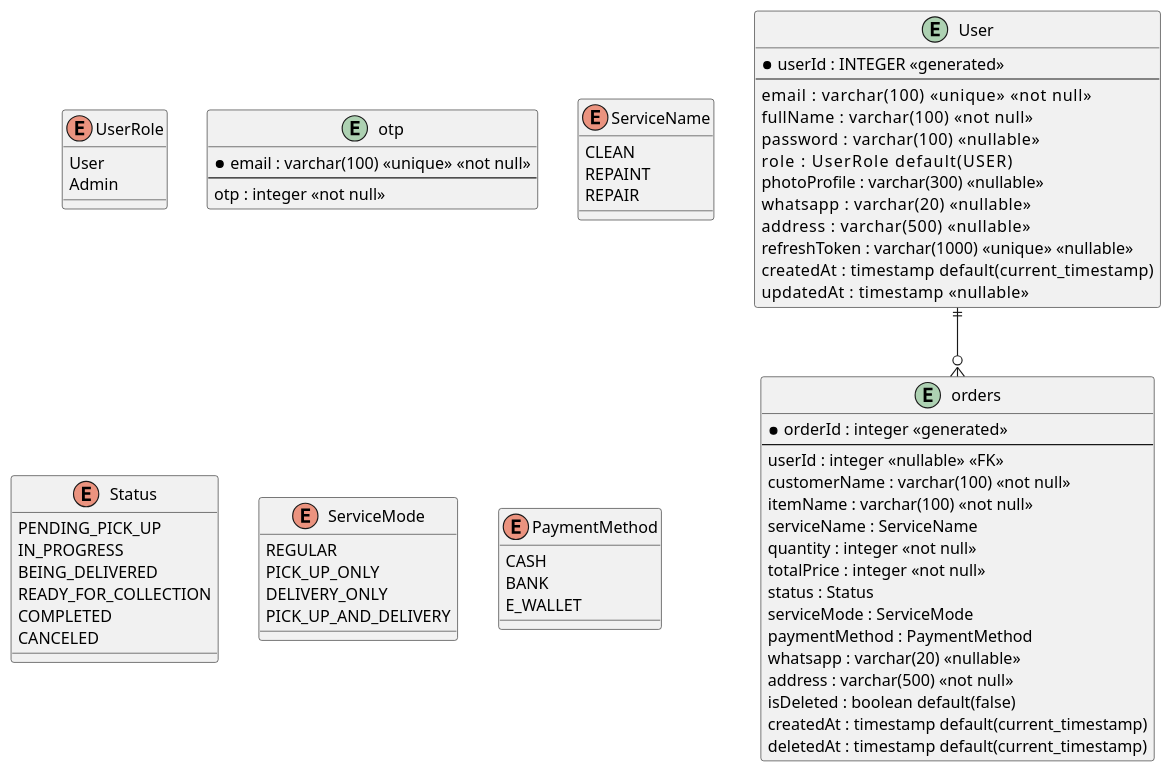
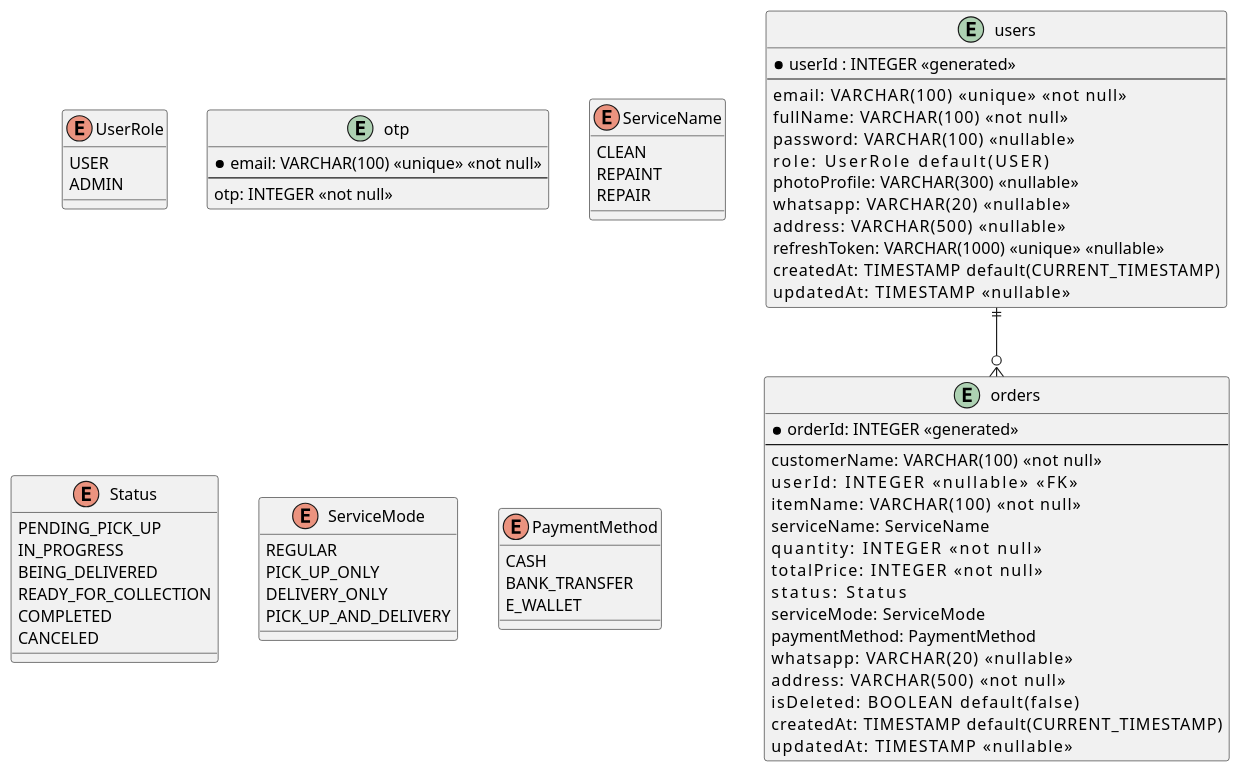
One commit to dwprz/klin8-restful-api changed the diagram in docs/erd/erd.puml. Above: the diagram before and after it, drawn with PlantUML. The commit also changed 93 other files, not shown here.

```diff
--- a/docs/erd/erd.puml
+++ b/docs/erd/erd.puml
@@ -1,85 +1,80 @@
 @startuml
-' hide the spot
-' hide circle
 
-' avoid problems with angled crows feet
-skinparam linetype ortho
+entity "users" as User {
+    *userId : INTEGER <<generated>>
+    --
+    email:          VARCHAR(100)  <<unique>> <<not null>>
+    fullName:       VARCHAR(100)  <<not null>>
+    password:       VARCHAR(100)  <<nullable>>
+    role:           UserRole      default(USER)
+    photoProfile:   VARCHAR(300)  <<nullable>>
+    whatsapp:       VARCHAR(20)   <<nullable>>
+    address:        VARCHAR(500)  <<nullable>>
+    refreshToken:   VARCHAR(1000) <<unique>> <<nullable>>
+    createdAt:      TIMESTAMP     default(CURRENT_TIMESTAMP)
+    updatedAt:      TIMESTAMP     <<nullable>>
+}
+
+enum UserRole {
+    USER
+    ADMIN
+}
+
+entity "otp" as Otp {
+    *email: VARCHAR(100) <<unique>> <<not null>>
+    --
+    otp: INTEGER <<not null>>
+}
 
 
-entity "User" as User {
-*userId : INTEGER <<generated>>
---
-email :        varchar(100) <<unique>> <<not null>>
-fullName :     varchar(100) <<not null>>
-password :     varchar(100) <<nullable>>
-role :         UserRole default(USER)
-photoProfile : varchar(300) <<nullable>>
-whatsapp :     varchar(20) <<nullable>>
-address :      varchar(500) <<nullable>>
-refreshToken : varchar(1000) <<unique>> <<nullable>>
-createdAt :    timestamp default(current_timestamp)
-updatedAt :    timestamp <<nullable>>
-}
-
-entity "orders" as Order{
-*orderId : integer <<generated>>
---
-userId : integer <<nullable>> <<FK>>
-customerName : varchar(100) <<not null>>
-itemName : varchar(100) <<not null>>
-serviceName : ServiceName
-quantity : integer <<not null>>
-totalPrice : integer <<not null>>
-status : Status
-serviceMode : ServiceMode
-paymentMethod : PaymentMethod
-whatsapp : varchar(20) <<nullable>>
-address : varchar(500) <<not null>>
-isDeleted : boolean default(false)
-createdAt : timestamp default(current_timestamp)
-deletedAt : timestamp default(current_timestamp)
-}
-
-enum UserRole{
-User
-Admin
-}
-
-entity "otp" as otp{
-*email : varchar(100) <<unique>> <<not null>>
---
-otp : integer <<not null>>
+entity "orders" as Order {
+    *orderId: INTEGER <<generated>>
+    --
+    customerName:   VARCHAR(100)   <<not null>>
+    userId:         INTEGER        <<nullable>> <<FK>>
+    itemName:       VARCHAR(100)   <<not null>>
+    serviceName:    ServiceName
+    quantity:       INTEGER        <<not null>>
+    totalPrice:     INTEGER        <<not null>>
+    status:         Status
+    serviceMode:    ServiceMode
+    paymentMethod:  PaymentMethod
+    whatsapp:       VARCHAR(20)    <<nullable>>
+    address:        VARCHAR(500)   <<not null>>
+    isDeleted:      BOOLEAN        default(false)
+    createdAt:      TIMESTAMP      default(CURRENT_TIMESTAMP)
+    updatedAt:      TIMESTAMP      <<nullable>>
 }
 
 enum ServiceName {
-CLEAN
-REPAINT
-REPAIR
+    CLEAN
+    REPAINT
+    REPAIR
 }
 
-enum Status{
-PENDING_PICK_UP
-IN_PROGRESS
-BEING_DELIVERED
-READY_FOR_COLLECTION
-COMPLETED
-CANCELED
+enum Status {
+    PENDING_PICK_UP
+    IN_PROGRESS
+    BEING_DELIVERED
+    READY_FOR_COLLECTION
+    COMPLETED
+    CANCELED
 }
 
-enum ServiceMode{
-REGULAR
-PICK_UP_ONLY
-DELIVERY_ONLY
-PICK_UP_AND_DELIVERY
+enum ServiceMode {
+    REGULAR
+    PICK_UP_ONLY
+    DELIVERY_ONLY
+    PICK_UP_AND_DELIVERY
 }
 
-enum PaymentMethod{
-CASH
-BANK
-E_WALLET
+enum PaymentMethod {
+    CASH
+    BANK_TRANSFER
+    E_WALLET
 }
+
 
 User ||--o{ Order
 
-
 @enduml
```
